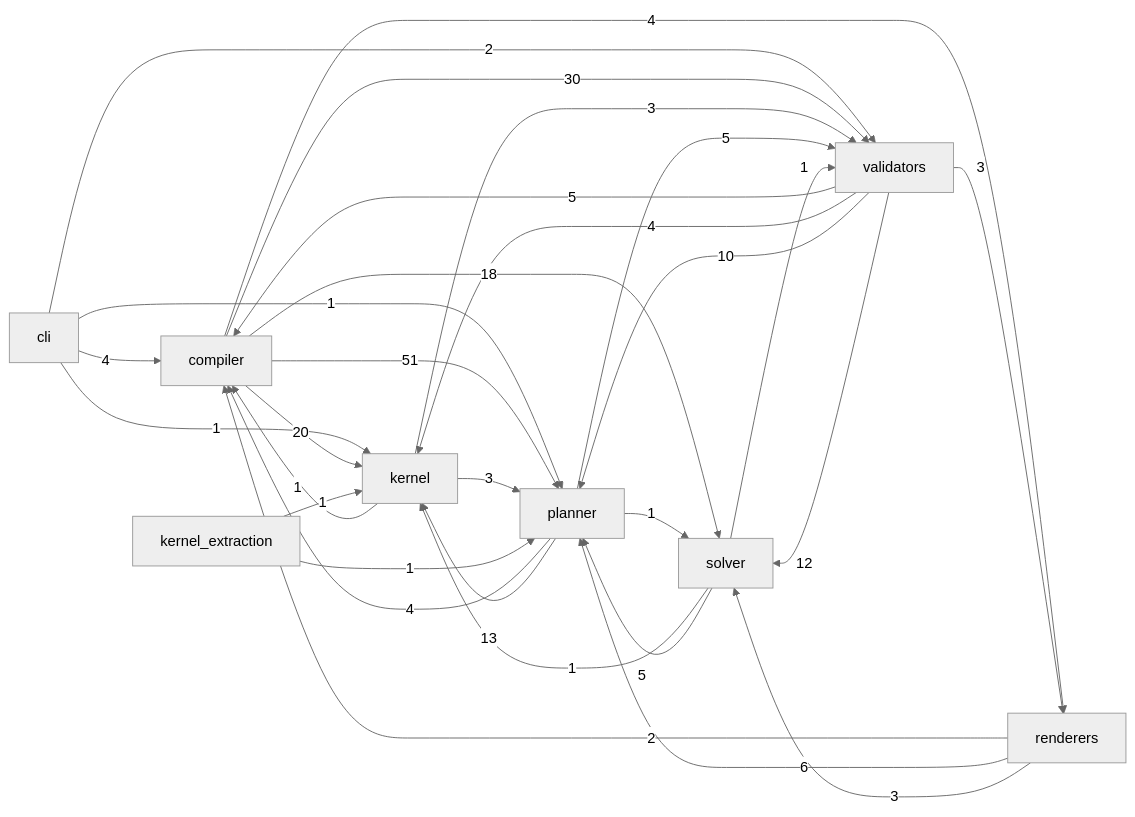
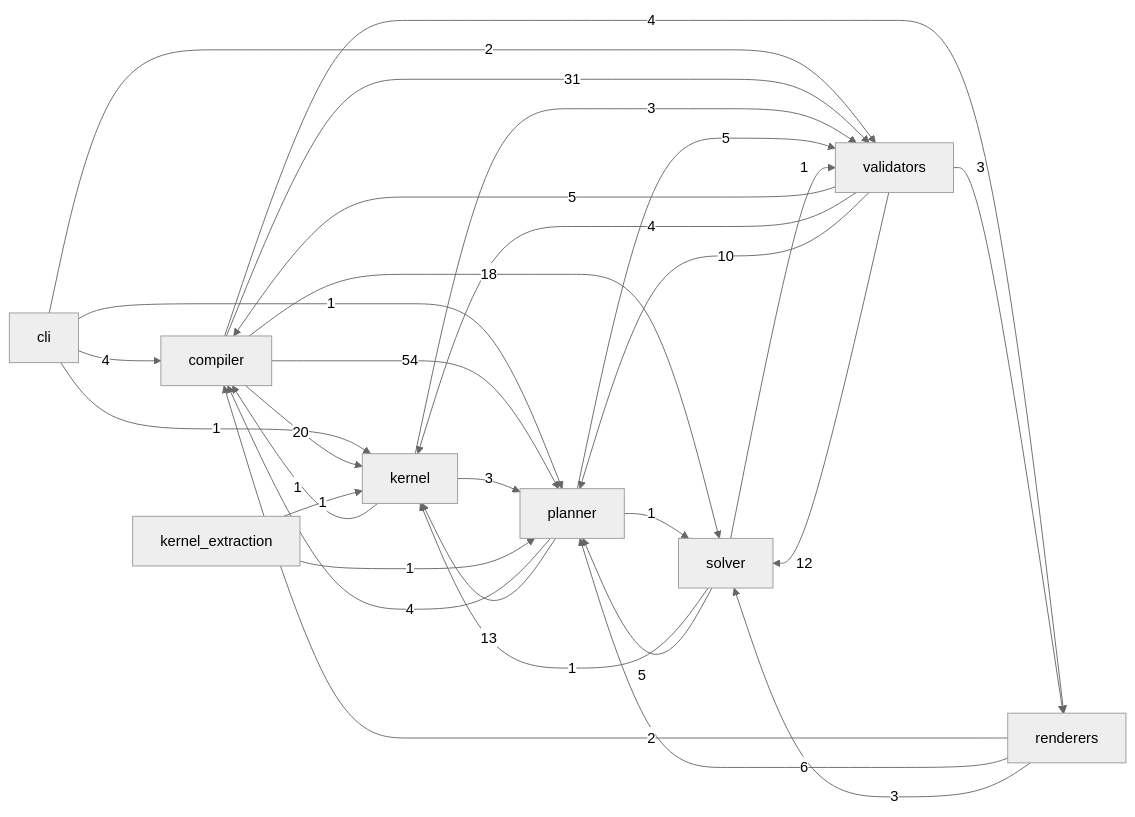
The diagram in docs/reference/code.md (Kingsley-Cyber/cinematic-compiler-core), drawn with Mermaid (neutral theme) before and after one commit. The commit also changed other lines of this file and 11 other files, not shown here.

````diff
--- a/docs/reference/code.md
+++ b/docs/reference/code.md
@@ -15,32 +15,32 @@
 ```mermaid
 flowchart LR
   cli -->|4| compiler
   cli -->|1| kernel
   cli -->|1| planner
   cli -->|2| validators
   compiler -->|20| kernel
-  compiler -->|51| planner
+  compiler -->|54| planner
   compiler -->|4| renderers
   compiler -->|18| solver
-  compiler -->|30| validators
+  compiler -->|31| validators
   kernel -->|1| compiler
   kernel -->|3| planner
   kernel -->|3| validators
   kernel_extraction -->|1| kernel
   kernel_extraction -->|1| planner
   planner -->|4| compiler
   planner -->|13| kernel
   planner -->|1| solver
   planner -->|5| validators
   renderers -->|2| compiler
   renderers -->|6| planner
   renderers -->|3| solver
   solver -->|1| kernel
   solver -->|5| planner
   solver -->|1| validators
   validators -->|5| compiler
   validators -->|4| kernel
   validators -->|10| planner
   validators -->|3| renderers
   validators -->|12| solver
 ```
````
